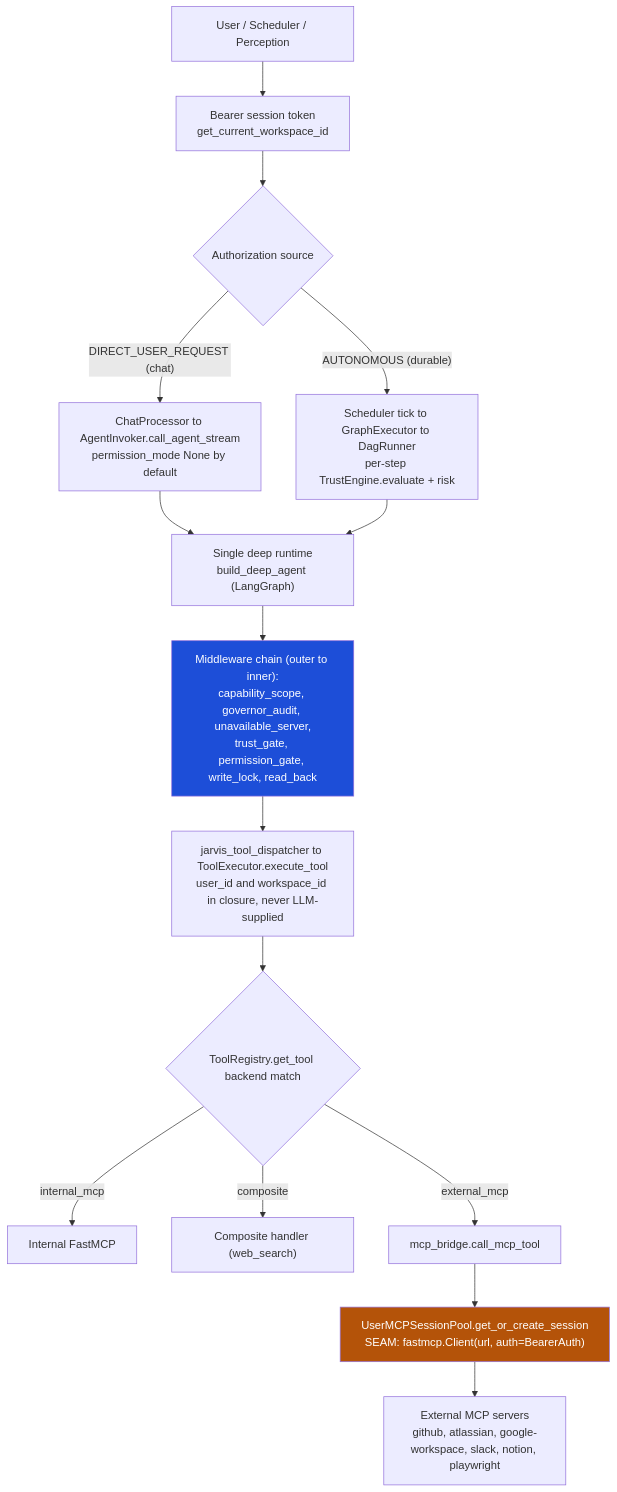
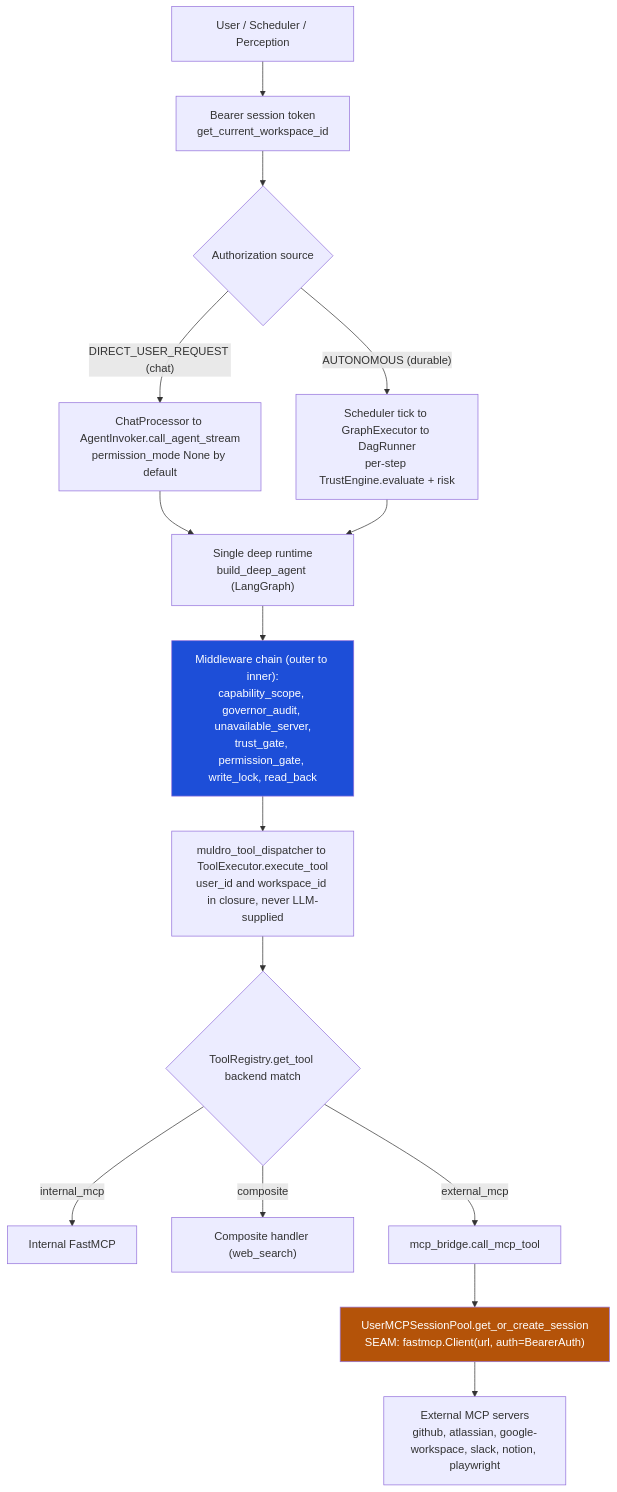
Before and after one commit to shivadharmi/muldro: the first of 13 diagrams in docs/architecture/toolhive-openconnector-assessment.md, drawn with Mermaid. The commit also changed other lines of this file and 359 other files, not shown here.

First line of the commit message:
chore: rebrand Jarvis to Muldro across the codebase

````diff
--- a/docs/architecture/toolhive-openconnector-assessment.md
+++ b/docs/architecture/toolhive-openconnector-assessment.md
@@ -55,25 +55,25 @@
 ```mermaid
 flowchart TD
     U["User / Scheduler / Perception"] --> AUTH["Bearer session token<br/>get_current_workspace_id"]
     AUTH --> RT{"Authorization source"}
 
     RT -->|"DIRECT_USER_REQUEST (chat)"| CHAT["ChatProcessor to AgentInvoker.call_agent_stream<br/>permission_mode None by default"]
     RT -->|"AUTONOMOUS (durable)"| DAG["Scheduler tick to GraphExecutor to DagRunner<br/>per-step TrustEngine.evaluate + risk"]
 
     CHAT --> RUNTIME["Single deep runtime<br/>build_deep_agent (LangGraph)"]
     DAG --> RUNTIME
 
     RUNTIME --> MW["Middleware chain (outer to inner):<br/>capability_scope, governor_audit, unavailable_server,<br/>trust_gate, permission_gate, write_lock, read_back"]
-    MW --> DISP["jarvis_tool_dispatcher to ToolExecutor.execute_tool<br/>user_id and workspace_id in closure, never LLM-supplied"]
+    MW --> DISP["muldro_tool_dispatcher to ToolExecutor.execute_tool<br/>user_id and workspace_id in closure, never LLM-supplied"]
     DISP --> REG{"ToolRegistry.get_tool backend match"}
 
     REG -->|internal_mcp| INT["Internal FastMCP"]
     REG -->|composite| COMP["Composite handler (web_search)"]
     REG -->|external_mcp| BRIDGE["mcp_bridge.call_mcp_tool"]
 
     BRIDGE --> POOL["UserMCPSessionPool.get_or_create_session<br/>SEAM: fastmcp.Client(url, auth=BearerAuth)"]
     POOL --> EXT["External MCP servers<br/>github, atlassian, google-workspace, slack, notion, playwright"]
 
     style POOL fill:#b45309,color:#fff
     style MW fill:#1d4ed8,color:#fff
 ```
````
